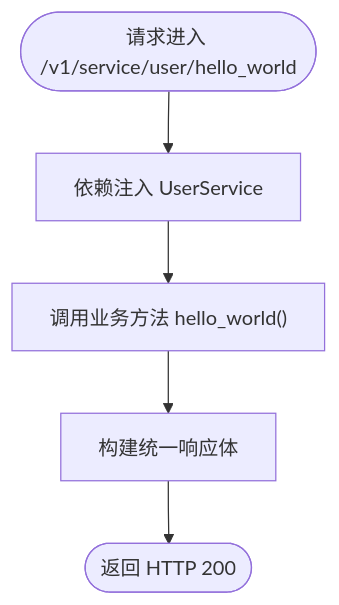
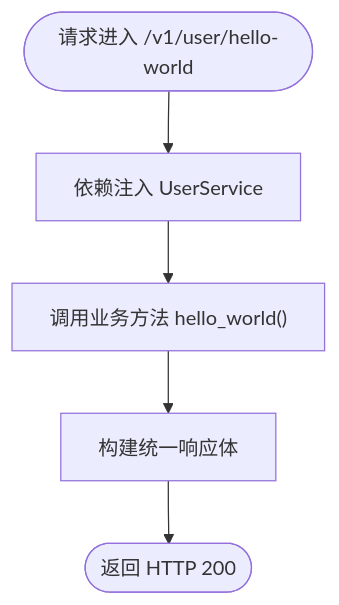
One commit to lilinzezzzzzz/fastapi-backend changed the third of 6 diagrams in .qoder/repowiki/zh/content/API接口文档/Service API接口.md. Above: the diagram before and after it, drawn with Mermaid. The commit also changed other lines of this file and 42 other files, not shown here.

````diff
--- a/.qoder/repowiki/zh/content/API接口文档/Service API接口.md
+++ b/.qoder/repowiki/zh/content/API接口文档/Service API接口.md
@@ -143,7 +174,7 @@
 ```mermaid
 flowchart TD
-Start(["请求进入 /v1/service/user/hello_world"]) --> GetSvc["依赖注入 UserService"]
+Start(["请求进入 /v1/user/hello-world"]) --> GetSvc["依赖注入 UserService"]
 GetSvc --> CallSvc["调用业务方法 hello_world()"]
 CallSvc --> BuildResp["构建统一响应体"]
 BuildResp --> End(["返回 HTTP 200"])
 ```
````
